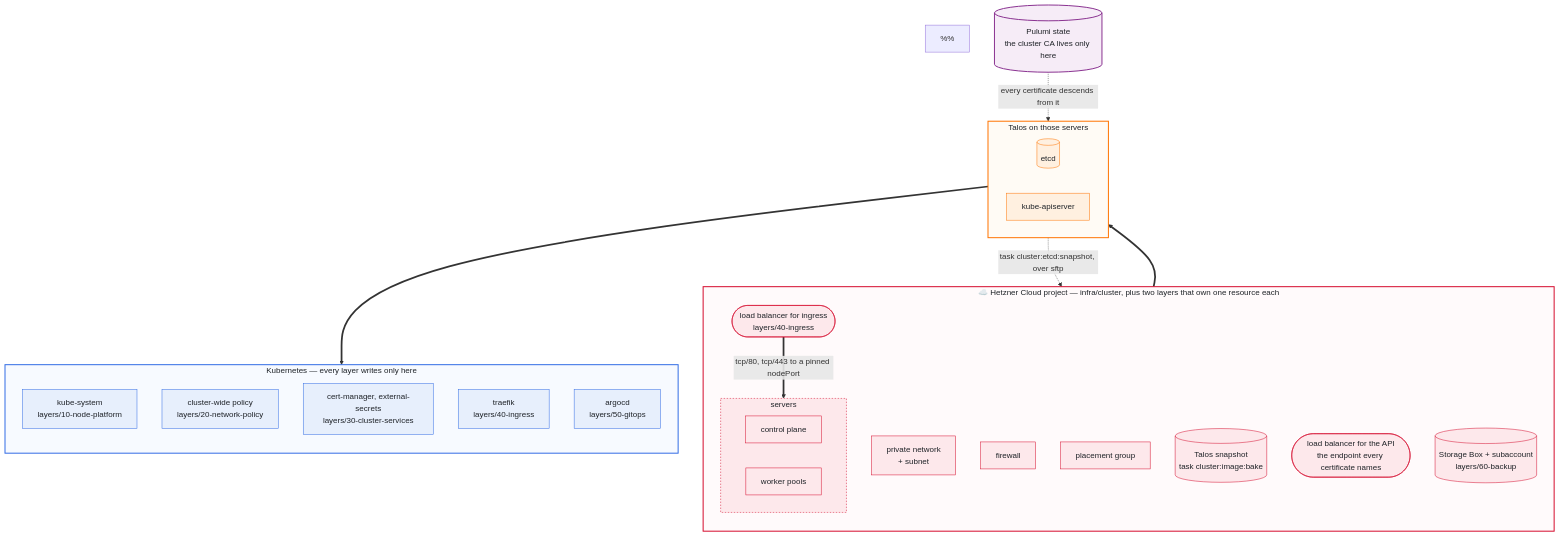
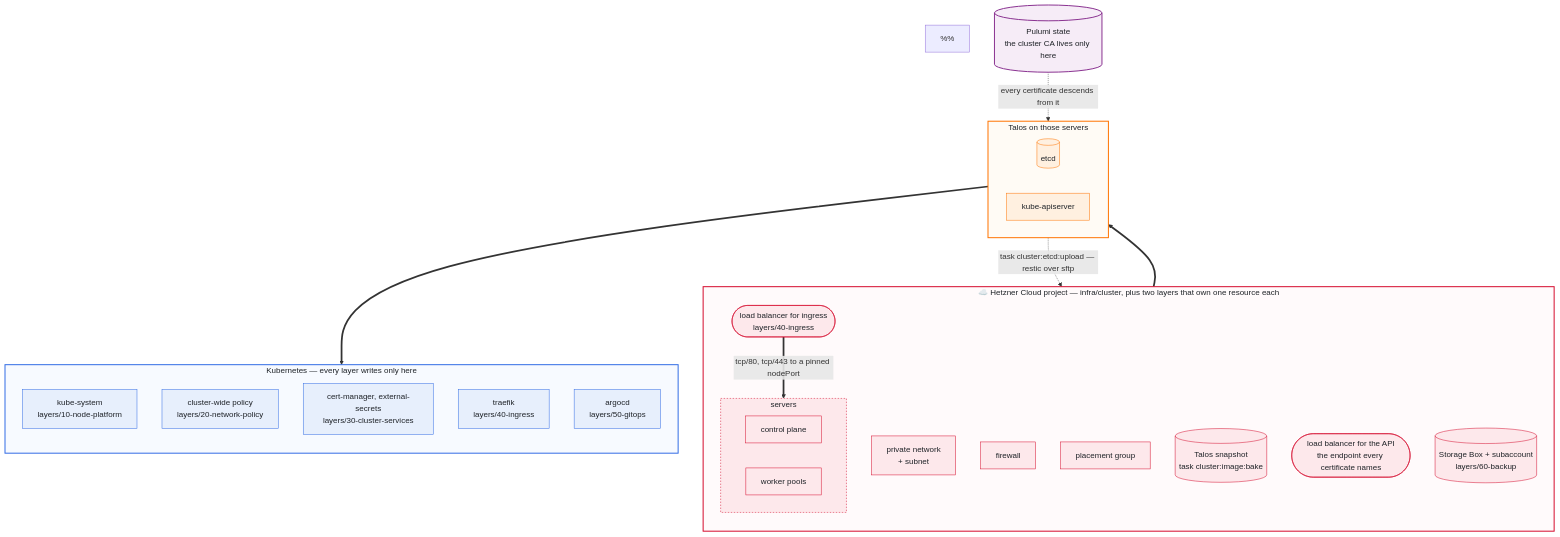
The first of 3 diagrams in docs/design.md (oleg-tkachuk/hetzner-iac), drawn with Mermaid before and after one commit. The commit also changed 7 other files, not shown here.

First line of the commit message:
feat(backup): upload etcd snapshots to the Storage Box with restic

````diff
--- a/docs/design.md
+++ b/docs/design.md
@@ -12,67 +12,67 @@
 ```mermaid
 flowchart TB
     %% Palette from the README badges: Hetzner red, Talos orange, Kubernetes
     %% blue, so the header and the diagrams read as one thing and the colour
     %% says whose territory a box is in.
     %%
     %% Fills are pale and text is near-black explicitly. GitHub renders this in
     %% both themes, and a colour left to the theme picks one of them and is
     %% unreadable in the other.
     classDef hetzner fill:#fde8eb,stroke:#d50c2d,stroke-width:1px,color:#1f2328
     classDef talos fill:#fff0e0,stroke:#ff7300,stroke-width:1px,color:#1f2328
     classDef kube fill:#e7effc,stroke:#326ce5,stroke-width:1px,color:#1f2328
     classDef derived fill:#f6f8fa,stroke:#8c959f,stroke-width:1px,stroke-dasharray:4 3,color:#1f2328
     classDef state fill:#f6ecf7,stroke:#8a3391,stroke-width:2px,color:#1f2328
 
     subgraph hetzner["☁️ Hetzner Cloud project — infra/cluster, plus two layers that own one resource each"]
         direction TB
         net["private network<br/>+ subnet"]
         fw["firewall"]
         pg["placement group"]
         snap[("Talos snapshot<br/>task cluster:image:bake")]
 
         subgraph servers["servers"]
             direction LR
             cp["control plane"]
             wk["worker pools"]
         end
 
         apilb(["load balancer for the API<br/>the endpoint every certificate names"])
         inglb(["load balancer for ingress<br/>layers/40-ingress"])
         box[("Storage Box + subaccount<br/>layers/60-backup")]
     end
 
     subgraph talos["Talos on those servers"]
         direction LR
         etcd[("etcd")]
         api["kube-apiserver"]
     end
 
     subgraph k8s["Kubernetes — every layer writes only here"]
         direction TB
         ks["kube-system<br/>layers/10-node-platform"]
         pol["cluster-wide policy<br/>layers/20-network-policy"]
         cmns["cert-manager, external-secrets<br/>layers/30-cluster-services"]
         tns["traefik<br/>layers/40-ingress"]
         argons["argocd<br/>layers/50-gitops"]
     end
 
     trust[("Pulumi state<br/>the cluster CA lives only here")]
 
     trust -.->|"every certificate descends from it"| talos
     servers ==> talos
     talos ==> k8s
     inglb ==>|"tcp/80, tcp/443 to a pinned nodePort"| servers
-    etcd -.->|"task cluster:etcd:snapshot, over sftp"| box
+    etcd -.->|"task cluster:etcd:upload — restic over sftp"| box
 
     class net,fw,pg,snap,cp,wk,box hetzner
     class apilb,inglb hetzner
     class etcd,api talos
     class ks,pol,cmns,tns,argons kube
     class trust state
 
     style hetzner fill:#fffafb,stroke:#d50c2d,stroke-width:2px,color:#1f2328
     style servers fill:#fde8eb,stroke:#d50c2d,stroke-dasharray:3 3,color:#1f2328
     style talos fill:#fffbf5,stroke:#ff7300,stroke-width:2px,color:#1f2328
     style k8s fill:#f7faff,stroke:#326ce5,stroke-width:2px,color:#1f2328
 ```
````
